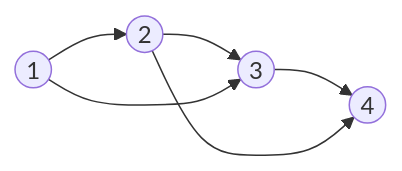
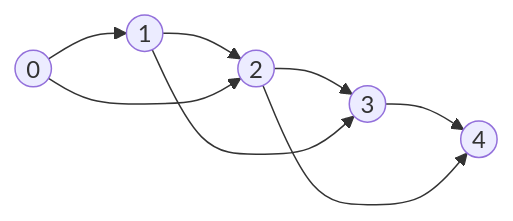
Before and after one commit to JiQi-da/Mixed-Graph-ADMM: the diagram in todo notes/Discussion 0319.md, drawn with Mermaid. The commit also changed other lines of this file, not shown here.

````diff
--- a/todo notes/Discussion 0319.md
+++ b/todo notes/Discussion 0319.md
@@ -7,8 +7,10 @@
 ```mermaid
 graph LR
-1((1)) --> 2((2))
+0((0)) --> 1((1))
+1 --> 2((2))
 2 --> 3((3))
 3 --> 4((4))
+0 --> 2
 1 --> 3
 2 --> 4
 ```
````
